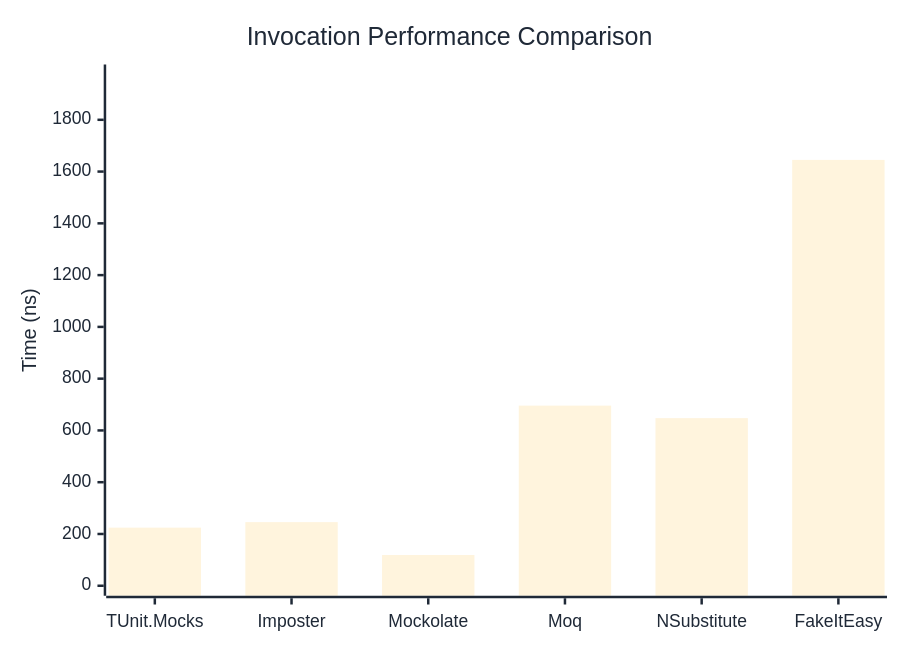
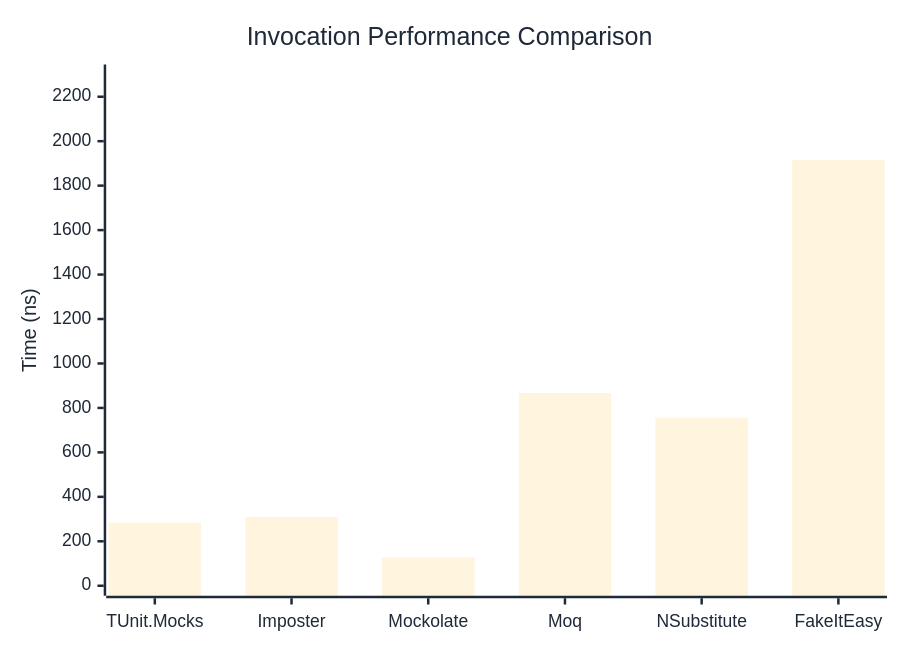
Before and after one commit to thomhurst/TUnit: the first of 3 diagrams in docs/docs/benchmarks/mocks/Invocation.md, drawn with Mermaid. The commit also changed other lines of this file and 14 other files, not shown here.

````diff
--- a/docs/docs/benchmarks/mocks/Invocation.md
+++ b/docs/docs/benchmarks/mocks/Invocation.md
@@ -30,27 +30,27 @@
 ```mermaid
 %%{init: {
   'theme':'base',
   'themeVariables': {
     'primaryColor': '#2563eb',
     'primaryTextColor': '#1f2937',
     'primaryBorderColor': '#1e40af',
     'lineColor': '#6b7280',
     'secondaryColor': '#7c3aed',
     'tertiaryColor': '#dc2626',
     'background': '#ffffff',
     'pie1': '#2563eb',
     'pie2': '#7c3aed',
     'pie3': '#dc2626',
     'pie4': '#f59e0b',
     'pie5': '#10b981',
     'pie6': '#06b6d4',
     'pie7': '#ec4899',
     'pie8': '#6366f1'
   }
 }}%%
 xychart-beta
   title "Invocation Performance Comparison"
   x-axis ["TUnit.Mocks", "Imposter", "Mockolate", "Moq", "NSubstitute", "FakeItEasy"]
-  y-axis "Time (ns)" 0 --> 1975
-  bar [224.47, 245.76, 118.71, 695.84, 647.57, 1645.12]
+  y-axis "Time (ns)" 0 --> 2300
+  bar [284.1, 309.7, 127.4, 867.2, 756.1, 1916]
 ```
````
